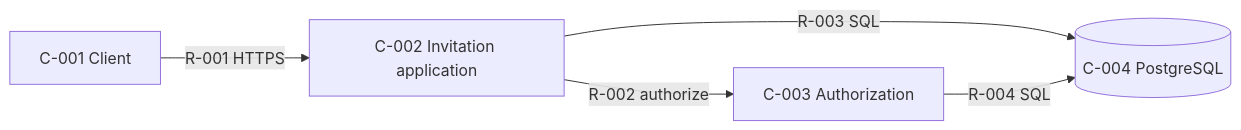
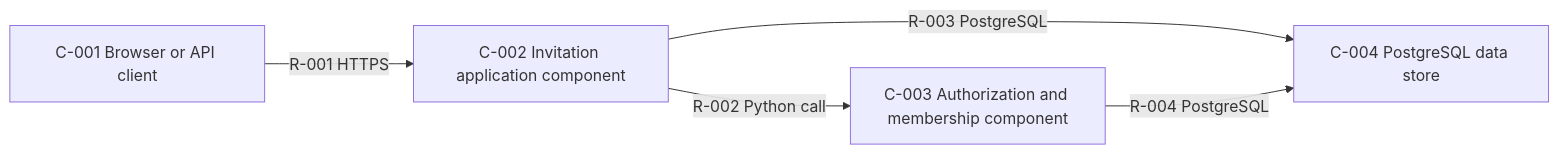
One commit to relusion/vg-sdlc-claude-plugins changed the second of 4 diagrams in evals/golden/EVAL-020/docs/plans/team-invitations-rbac/architecture/views.md. Above: the diagram before and after it, drawn with Mermaid. The commit also changed other lines of this file and 72 other files, not shown here.

First line of the commit message:
Add comprehensive tests for architecture context and rendering

````diff
--- a/evals/golden/EVAL-020/docs/plans/team-invitations-rbac/architecture/views.md
+++ b/evals/golden/EVAL-020/docs/plans/team-invitations-rbac/architecture/views.md
@@ -40,7 +46,11 @@
 ```mermaid
 flowchart LR
-  C001[C-001 Client] -->|R-001 HTTPS| C002[C-002 Invitation application]
-  C002 -->|R-002 authorize| C003[C-003 Authorization]
-  C002 -->|R-003 SQL| C004[(C-004 PostgreSQL)]
-  C003 -->|R-004 SQL| C004
+  C001["C-001 Browser or API client"]
+  C002["C-002 Invitation application component"]
+  C003["C-003 Authorization and membership component"]
+  C004["C-004 PostgreSQL data store"]
+  C001 -->|"R-001 HTTPS"| C002
+  C002 -->|"R-002 Python call"| C003
+  C002 -->|"R-003 PostgreSQL"| C004
+  C003 -->|"R-004 PostgreSQL"| C004
 ```
````
